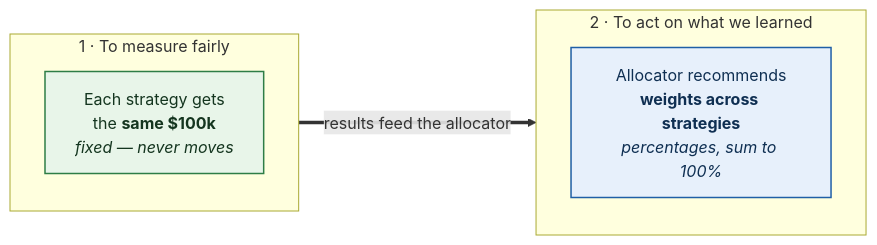
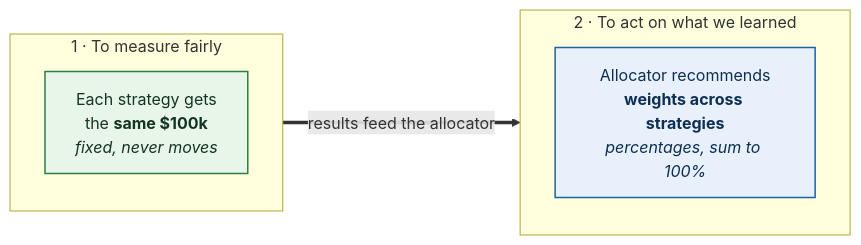
The second of 7 diagrams in ORIENTATION.md (masalasev-ops/AlphaFinanceLab), drawn with Mermaid before and after one commit. The commit also changed other lines of this file and 12 other files, not shown here.

````diff
--- a/ORIENTATION.md
+++ b/ORIENTATION.md
@@ -59,17 +59,17 @@
 ```mermaid
 flowchart LR
     subgraph MEASURE["1 · To measure fairly"]
-        A["Each strategy gets<br/>the <b>same $100k</b><br/><i>fixed — never moves</i>"]:::trade
+        A["Each strategy gets<br/>the <b>same $100k</b><br/><i>fixed, never moves</i>"]:::trade
     end
     subgraph ACT["2 · To act on what we learned"]
         B["Allocator recommends<br/><b>weights across strategies</b><br/><i>percentages, sum to 100%</i>"]:::machine
     end
     MEASURE ==>|"results feed the allocator"| ACT
 
     classDef trade fill:#E8F5E9,stroke:#2E7D46,stroke-width:1.5px,color:#14351f;
     classDef notrade fill:#EEEEEE,stroke:#7A7A7A,stroke-width:1.5px,color:#2b2b2b;
     classDef machine fill:#E7F0FB,stroke:#1F5FA6,stroke-width:1.5px,color:#0f2f52;
     classDef outcome fill:#FFF4E5,stroke:#C77700,stroke-width:1.5px,color:#5c3800;
     classDef hub fill:#E2F5F1,stroke:#0F6E56,stroke-width:1.5px,color:#0a3b30;
     classDef verdict fill:#F3EEFB,stroke:#6A4FB0,stroke-width:1.5px,color:#301d5c;
 ```
````
